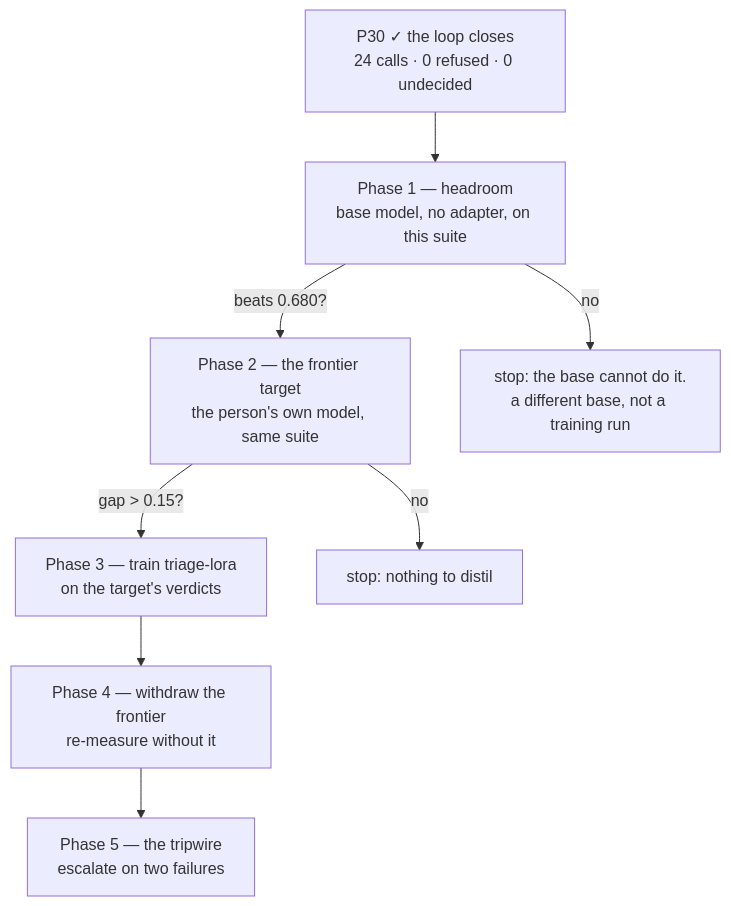
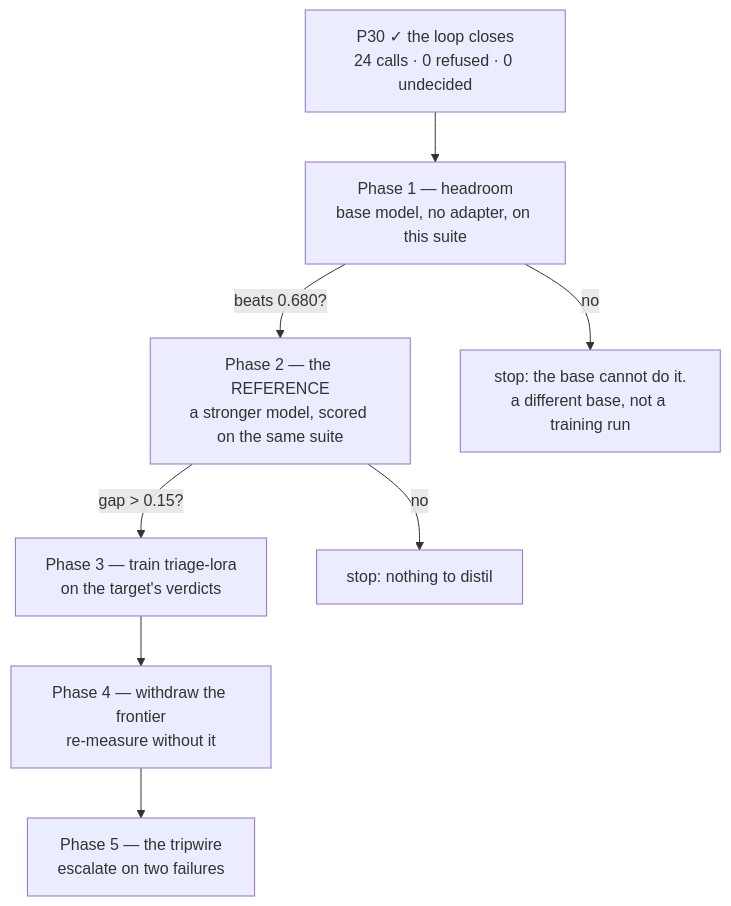
One commit to EvolvingAgentsLabs/lora-kernel changed the fourth of 4 diagrams in docs/CASE-TRIAGE.md. Above: the diagram before and after it, drawn with Mermaid. The commit also changed 7 other files, not shown here.

````diff
--- a/docs/CASE-TRIAGE.md
+++ b/docs/CASE-TRIAGE.md
@@ -109,11 +109,11 @@
 ```mermaid
 flowchart TD
   P0["P30 ✓ the loop closes<br/>24 calls · 0 refused · 0 undecided"] --> P1
   P1["Phase 1 — headroom<br/>base model, no adapter, on this suite"] -->|"beats 0.680?"| P2
   P1 -->|"no"| X1["stop: the base cannot do it.<br/>a different base, not a training run"]
-  P2["Phase 2 — the frontier target<br/>the person's own model, same suite"] -->|"gap > 0.15?"| P3
+  P2["Phase 2 — the REFERENCE<br/>a stronger model, scored on the same suite"] -->|"gap > 0.15?"| P3
   P2 -->|"no"| X2["stop: nothing to distil"]
   P3["Phase 3 — train triage-lora<br/>on the target's verdicts"] --> P4
   P4["Phase 4 — withdraw the frontier<br/>re-measure without it"] --> P5
   P5["Phase 5 — the tripwire<br/>escalate on two failures"]
 ```
````
